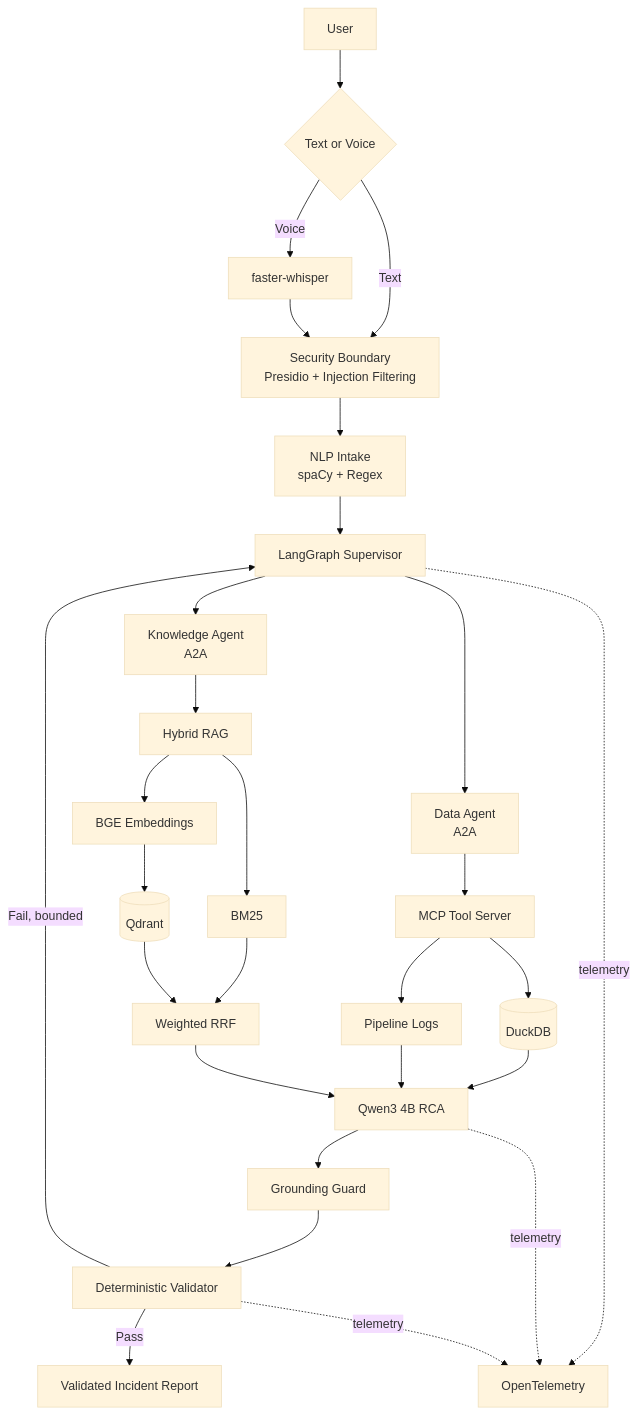
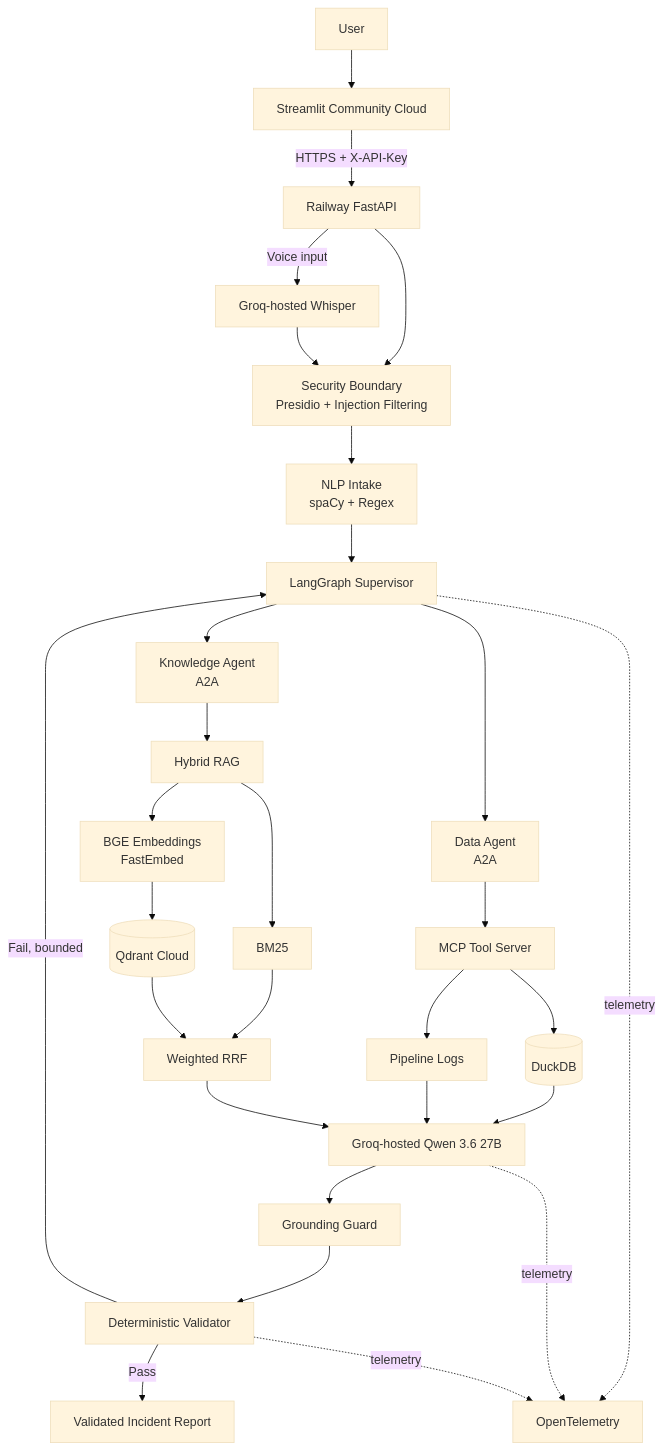
One commit to O-Alaa/DataOps-Sentinel-AI changed the diagram in README.md. Above: the diagram before and after it, drawn with Mermaid (base theme). The commit also changed other lines of this file, not shown here.

Commit message:
Update README for fully hosted cloud architecture

````diff
--- a/README.md
+++ b/README.md
@@ -37,38 +44,39 @@
 ```mermaid
 flowchart TD
-    U[User] --> INPUT{Text or Voice}
-    INPUT -->|Voice| W[faster-whisper]
-    INPUT -->|Text| SEC
-    W --> SEC[Security Boundary<br/>Presidio + Injection Filtering]
+    U[User] --> ST[Streamlit Community Cloud]
+    ST -->|HTTPS + X-API-Key| API[Railway FastAPI]
 
+    API --> SEC[Security Boundary<br/>Presidio + Injection Filtering]
     SEC --> NLP[NLP Intake<br/>spaCy + Regex]
     NLP --> LG[LangGraph Supervisor]
 
     LG --> DA[Data Agent<br/>A2A]
     LG --> KA[Knowledge Agent<br/>A2A]
 
     DA --> MCP[MCP Tool Server]
     MCP --> DB[(DuckDB)]
     MCP --> LOGS[Pipeline Logs]
 
     KA --> RAG[Hybrid RAG]
-    RAG --> BGE[BGE Embeddings]
+    RAG --> BGE[BGE Embeddings<br/>FastEmbed]
     RAG --> BM25[BM25]
-    BGE --> QD[(Qdrant)]
+    BGE --> QD[(Qdrant Cloud)]
     BM25 --> RRF[Weighted RRF]
     QD --> RRF
 
-    DB --> RCA[Qwen3 4B RCA]
+    DB --> RCA[Groq-hosted Qwen 3.6 27B]
     LOGS --> RCA
     RRF --> RCA
 
     RCA --> G[Grounding Guard]
     G --> V[Deterministic Validator]
-
     V -->|Pass| REPORT[Validated Incident Report]
     V -->|Fail, bounded| LG
+
+    API -->|Voice input| STT[Groq-hosted Whisper]
+    STT --> SEC
 
     LG -. telemetry .-> OTEL[OpenTelemetry]
     RCA -. telemetry .-> OTEL
     V -. telemetry .-> OTEL
 ```
````
